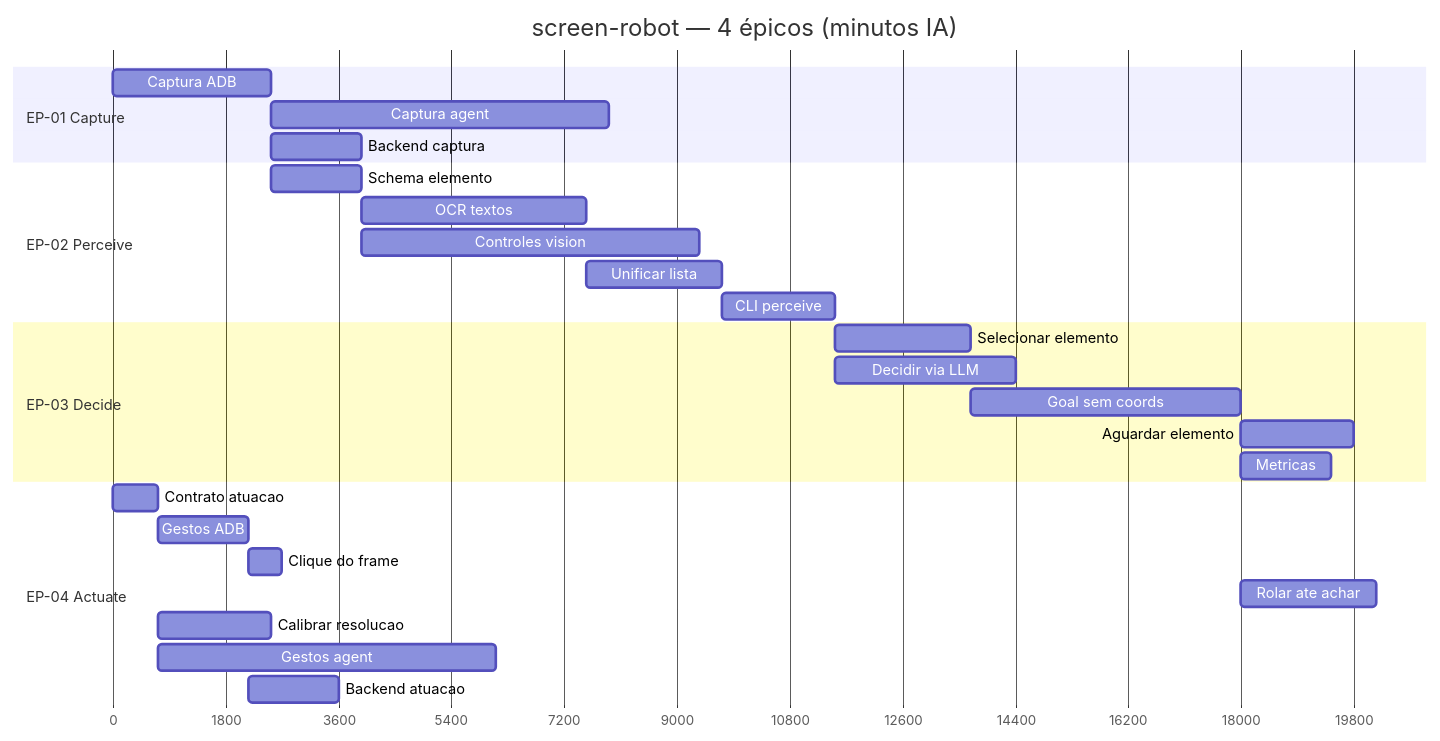
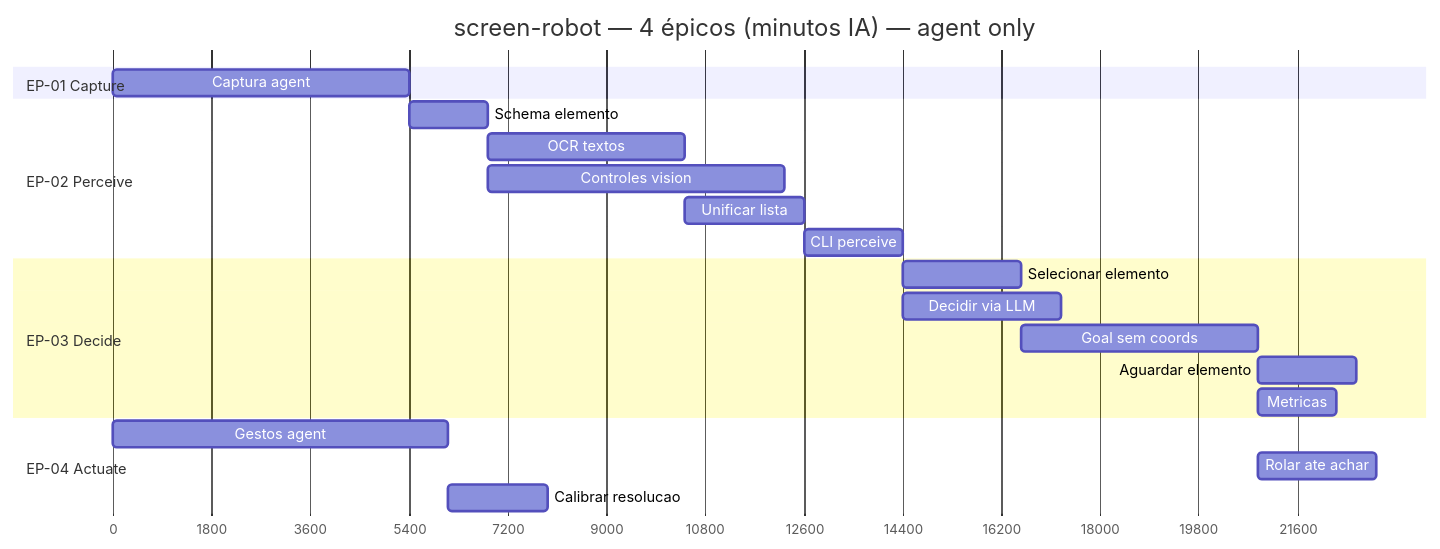
The diagram in core/board/README.md (laerciogermano/workstation), drawn with Mermaid before and after one commit. The commit also changed other lines of this file and 19 other files, not shown here.

Commit message:
Define agent como único transporte de device: remove US ADB/backend de Capture e Actuate.

````diff
--- a/core/board/README.md
+++ b/core/board/README.md
@@ -14,34 +15,28 @@
 ```mermaid
 gantt
-  title screen-robot — 4 épicos (minutos IA)
+  title screen-robot — 4 épicos (minutos IA) — agent only
   dateFormat X
   axisFormat %s
 
   section EP-01 Capture
-  Captura ADB              :a01, 0, 42m
-  Captura agent            :a02, after a01, 90m
-  Backend captura          :a03, after a01, 24m
+  Captura agent            :a01, 0, 90m
 
   section EP-02 Perceive
   Schema elemento          :b01, after a01, 24m
   OCR textos               :b02, after b01, 60m
   Controles vision         :b03, after b01, 90m
   Unificar lista           :b04, after b02, 36m
   CLI perceive             :b05, after b04, 30m
 
   section EP-03 Decide
   Selecionar elemento      :c01, after b05, 36m
   Decidir via LLM          :c02, after b05, 48m
   Goal sem coords          :c03, after c01, 72m
   Aguardar elemento        :c04, after c03, 30m
   Metricas                 :c05, after c03, 24m
 
   section EP-04 Actuate
-  Contrato atuacao         :d01, 0, 12m
-  Gestos ADB               :d02, after d01, 24m
-  Clique do frame          :d03, after d02, 9m
-  Rolar ate achar          :d04, after c03, 36m
-  Calibrar resolucao       :d05, after d01, 30m
-  Gestos agent             :d06, after d01, 90m
-  Backend atuacao          :d07, after d02, 24m
+  Gestos agent             :d01, 0, 102m
+  Rolar ate achar          :d02, after c03, 36m
+  Calibrar resolucao       :d03, after d01, 30m
 ```
````
